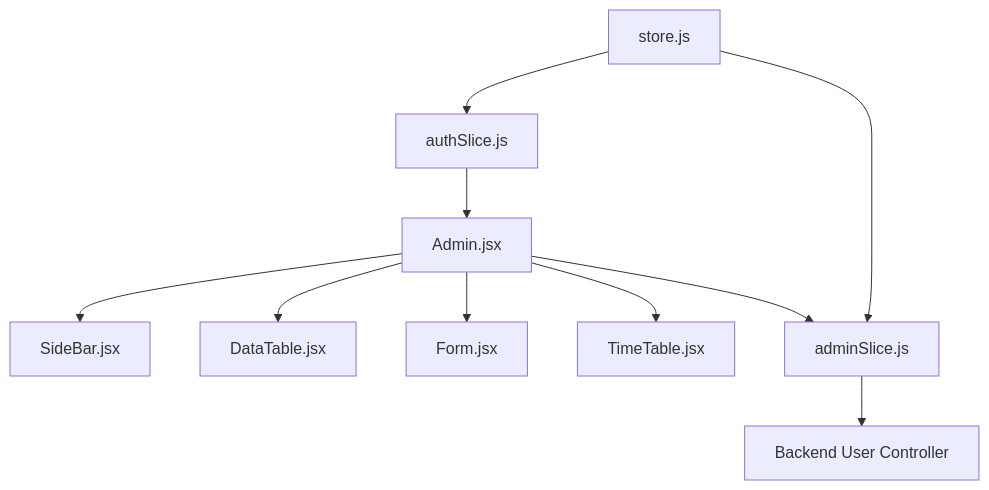
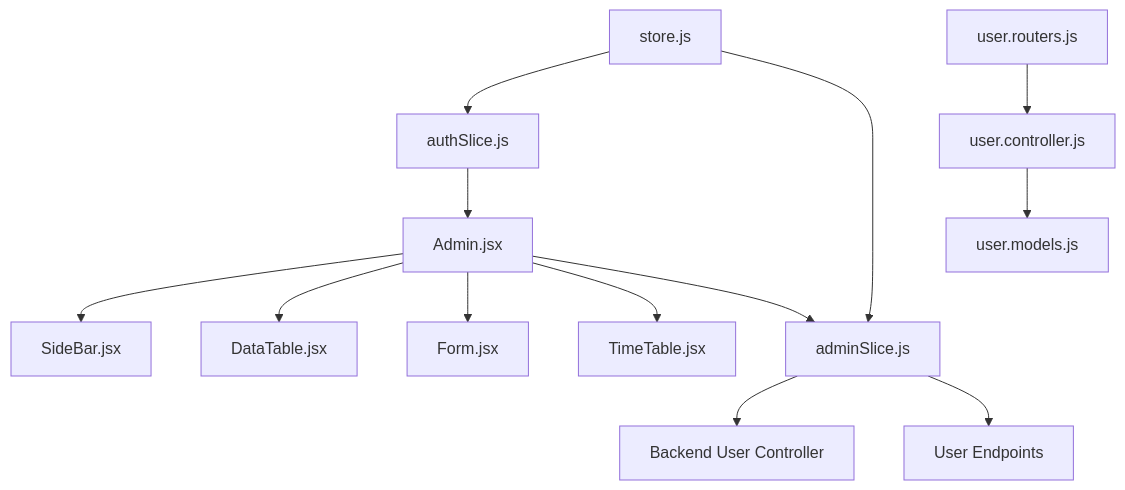
One commit to Aryan9060/Timetable-Project changed the fifth of 5 diagrams in .qoder/repowiki/en/content/Master Data Management/Role-Based Dashboards.md. Above: the diagram before and after it, drawn with Mermaid. The commit also changed other lines of this file and 8 other files, not shown here.

````diff
--- a/.qoder/repowiki/en/content/Master Data Management/Role-Based Dashboards.md
+++ b/.qoder/repowiki/en/content/Master Data Management/Role-Based Dashboards.md
@@ -457,12 +522,15 @@
 ```mermaid
 graph TB
 AUTH["authSlice.js"] --> ADMIN_PAGE["Admin.jsx"]
 ADMIN_PAGE --> SIDEBAR["SideBar.jsx"]
 ADMIN_PAGE --> DATATABLE["DataTable.jsx"]
 ADMIN_PAGE --> FORM["Form.jsx"]
 ADMIN_PAGE --> TIMETABLE["TimeTable.jsx"]
 ADMIN_PAGE --> ADMIN_SLICE["adminSlice.js"]
 ADMIN_SLICE --> API["Backend User Controller"]
+ADMIN_SLICE --> USER_API["User Endpoints"]
 STORE["store.js"] --> AUTH
 STORE --> ADMIN_SLICE
+USER_CONTROLLER["user.controller.js"] --> USER_MODEL["user.models.js"]
+USER_ROUTER["user.routers.js"] --> USER_CONTROLLER
 ```
````
